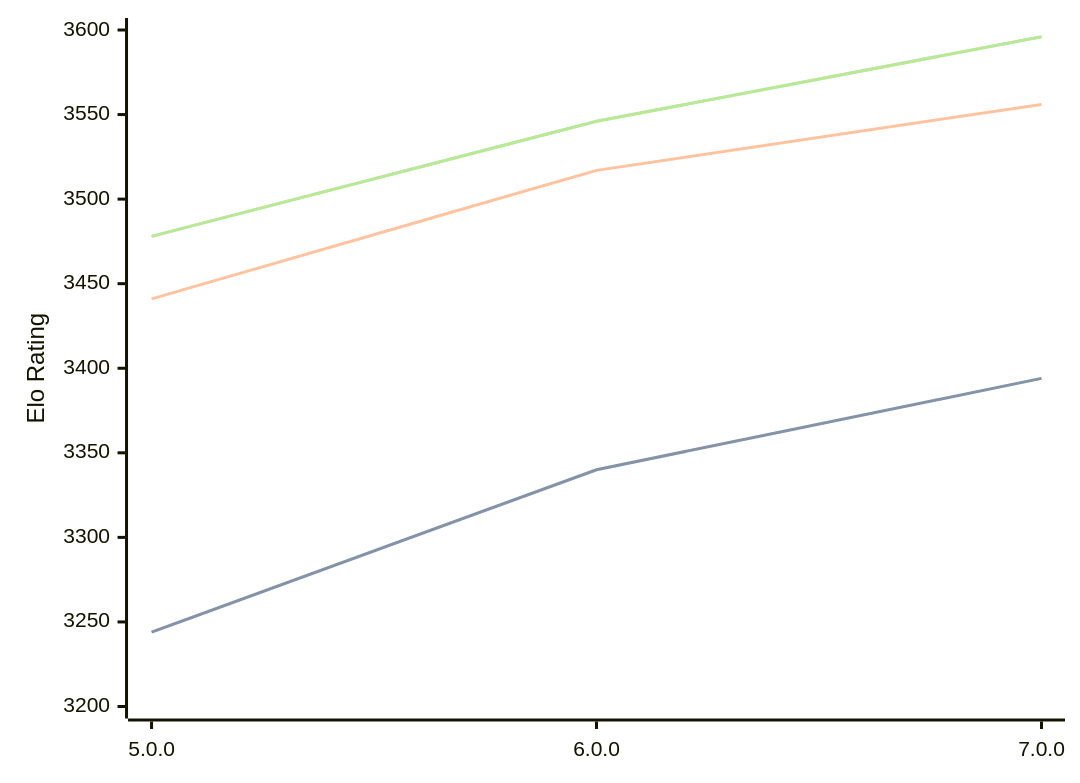
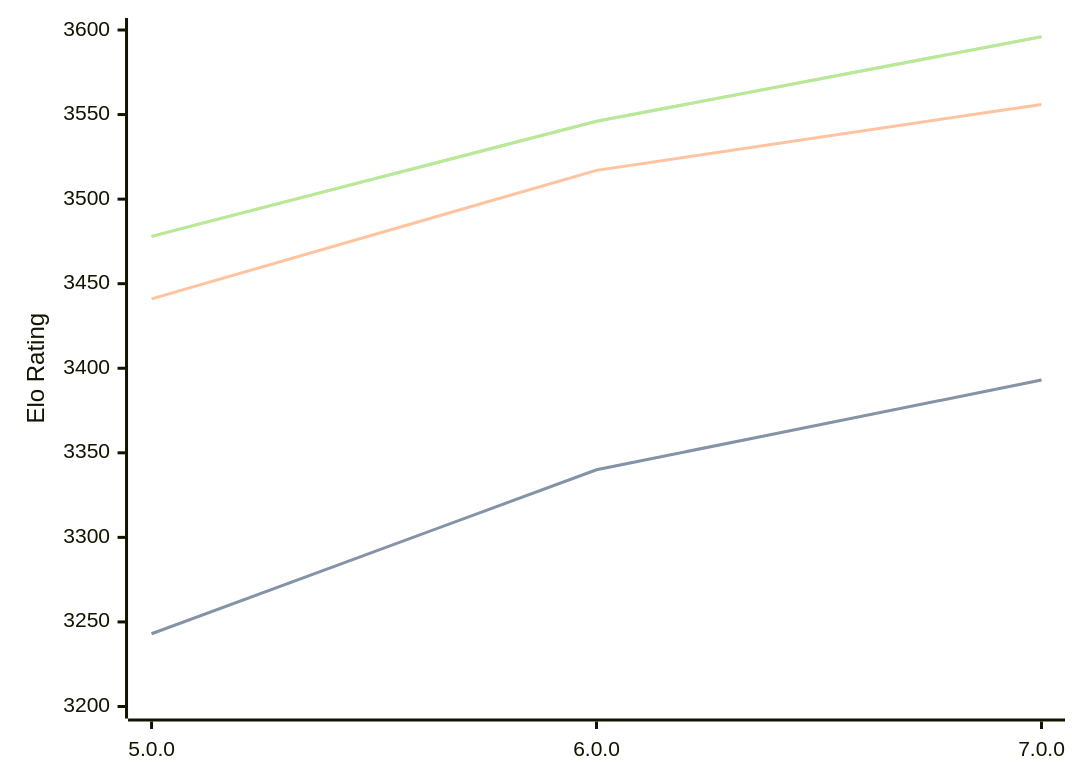
One commit to computer-chess-index/cci changed the diagram in engines/Stormphrax.md. Above: the diagram before and after it, drawn with Mermaid. The commit also changed other lines of this file, not shown here.

````diff
--- a/engines/Stormphrax.md
+++ b/engines/Stormphrax.md
@@ -36,11 +36,11 @@
 ```mermaid
 %%{init: {"theme":"base","themeVariables":{"seriesColors:['#a3a3a3','#222221','#faa371']}}}%%
 xychart-beta
   x-axis ["5.0.0", "6.0.0", "7.0.0"]
   y-axis "Elo Rating" 3200 --> 3600
-  line "STC (8.0+0.08s)" [3244, 3340, 3394]
-  line "STC (8.0+0.08s)" [3244, 3340, 3394]
+  line "STC (8.0+0.08s)" [3243, 3340, 3393]
+  line "STC (8.0+0.08s)" [3243, 3340, 3393]
   line "LTC (60.0+0.60s)" [3441, 3517, 3556]
   line "VLTC (2m24s+1.12s)" [3478, 3546, 3596]
   line "VLTC (2m24s+1.12s)" [3478, 3546, 3596]
 ```
````
